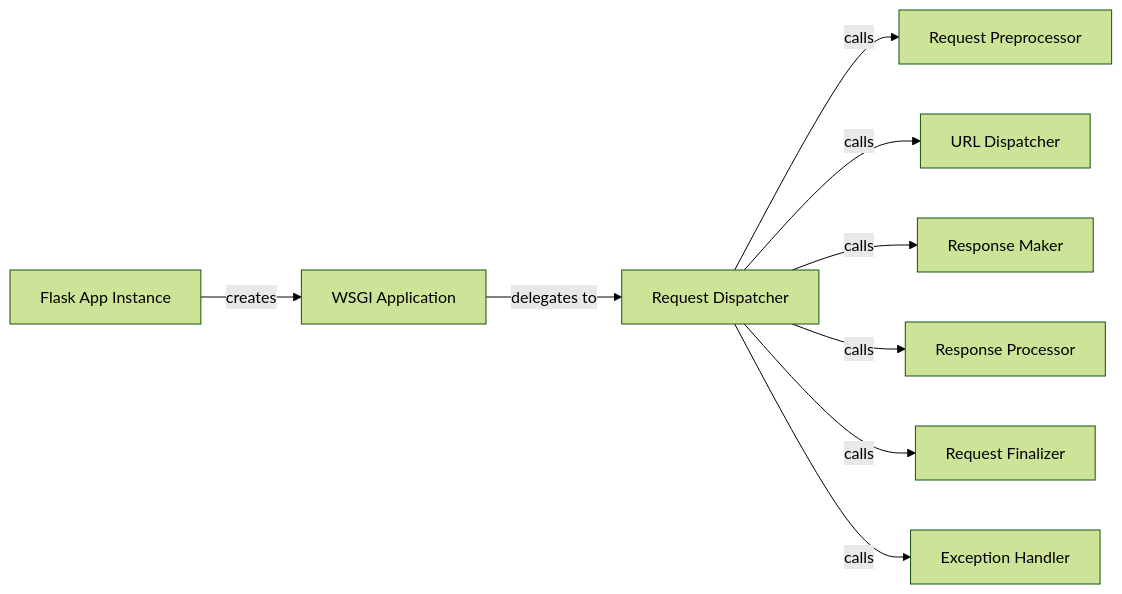
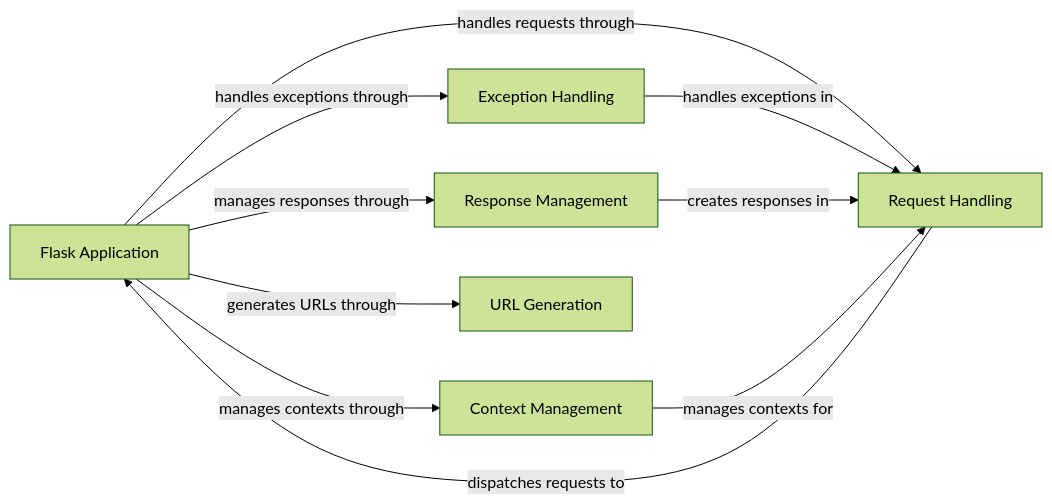
One commit to CodeBoarding/GeneratedOnBoardings changed the diagram in flask/Application Core.md. Above: the diagram before and after it, drawn with Mermaid (forest theme). The commit also changed other lines of this file and 16 other files, not shown here.

````diff
--- a/flask/Application Core.md
+++ b/flask/Application Core.md
@@ -1,20 +1,18 @@
 ```mermaid
 graph LR
-    Flask_App_Instance["Flask App Instance"]
-    WSGI_Application["WSGI Application"]
-    Request_Dispatcher["Request Dispatcher"]
-    Request_Preprocessor["Request Preprocessor"]
-    URL_Dispatcher["URL Dispatcher"]
-    Response_Maker["Response Maker"]
-    Response_Processor["Response Processor"]
-    Request_Finalizer["Request Finalizer"]
-    Exception_Handler["Exception Handler"]
-    WSGI_Application -- "delegates to" --> Request_Dispatcher
-    Request_Dispatcher -- "calls" --> Request_Preprocessor
-    Request_Dispatcher -- "calls" --> URL_Dispatcher
-    Request_Dispatcher -- "calls" --> Response_Maker
-    Request_Dispatcher -- "calls" --> Response_Processor
-    Request_Dispatcher -- "calls" --> Request_Finalizer
-    Request_Dispatcher -- "calls" --> Exception_Handler
-    Flask_App_Instance -- "creates" --> WSGI_Application
+    Flask_Application["Flask Application"]
+    Request_Handling["Request Handling"]
+    Exception_Handling["Exception Handling"]
+    Response_Management["Response Management"]
+    Context_Management["Context Management"]
+    URL_Generation["URL Generation"]
+    Flask_Application -- "handles requests through" --> Request_Handling
+    Flask_Application -- "handles exceptions through" --> Exception_Handling
+    Flask_Application -- "manages responses through" --> Response_Management
+    Flask_Application -- "manages contexts through" --> Context_Management
+    Flask_Application -- "generates URLs through" --> URL_Generation
+    Request_Handling -- "dispatches requests to" --> Flask_Application
+    Exception_Handling -- "handles exceptions in" --> Request_Handling
+    Response_Management -- "creates responses in" --> Request_Handling
+    Context_Management -- "manages contexts for" --> Request_Handling
 ```
````
